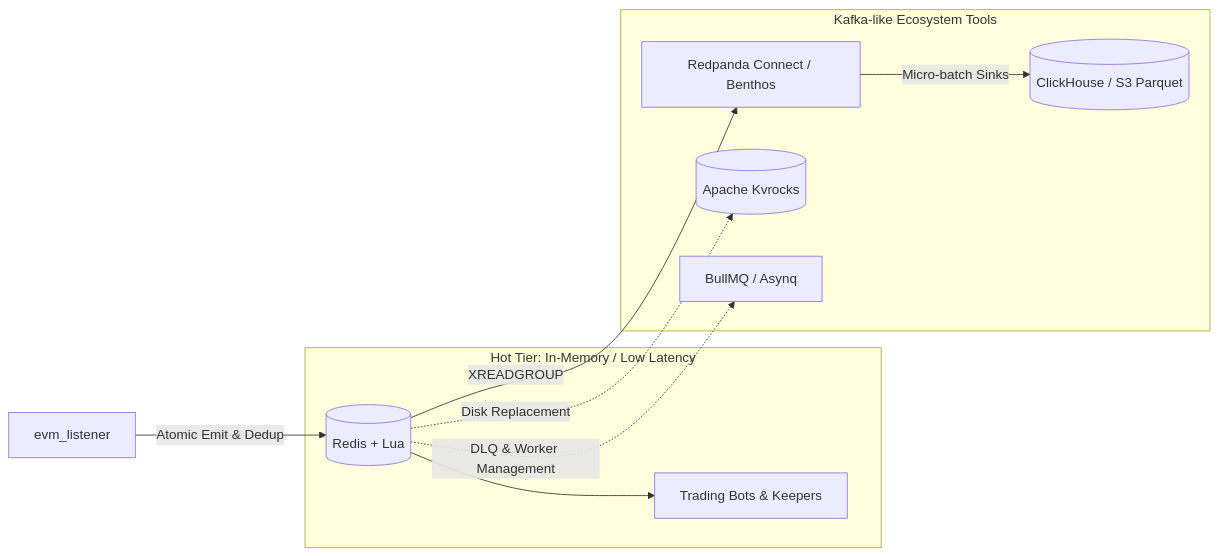
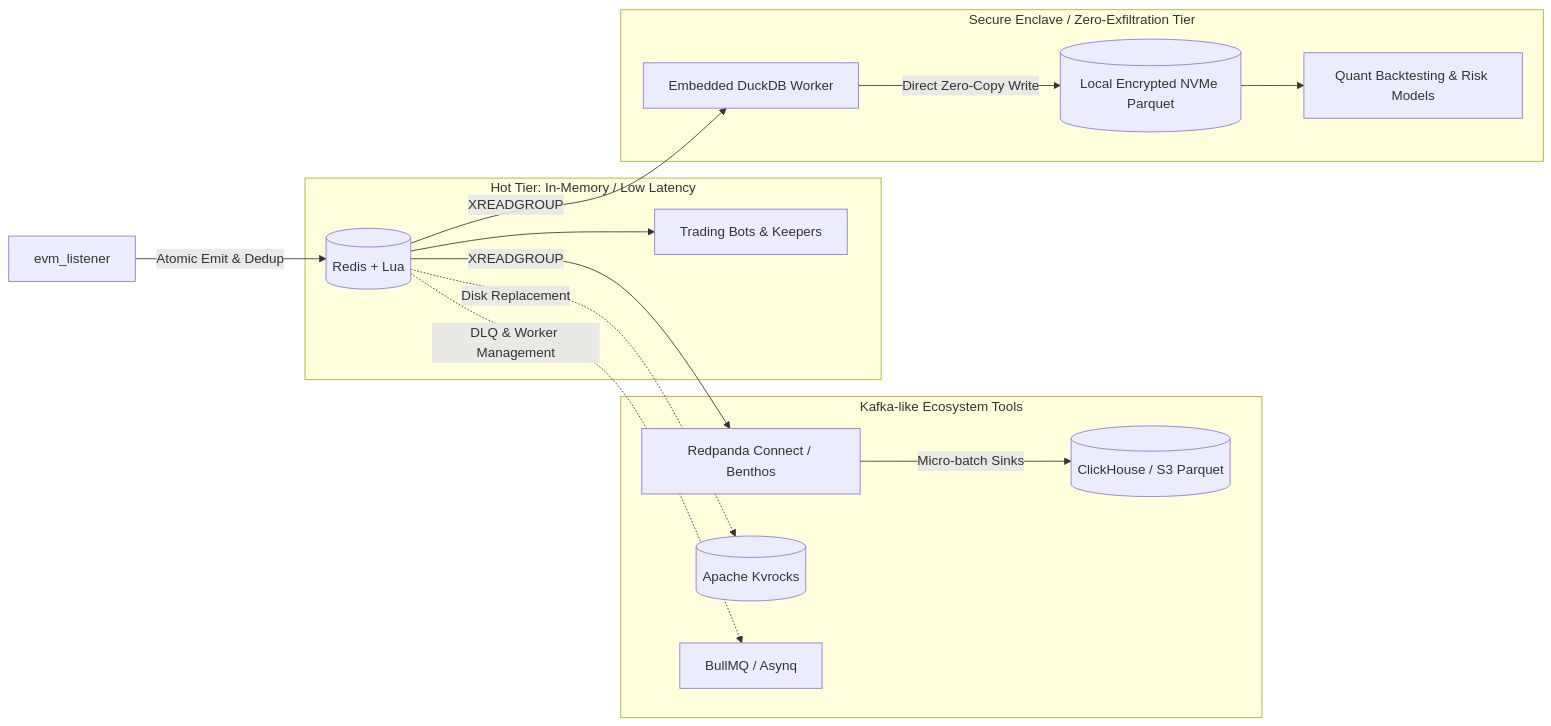
Before and after one commit to groai-fi/evm_cpp_listener: the diagram in doc/Redis_Lua_Streaming_and_Kafka_Tooling.md, drawn with Mermaid. The commit also changed other lines of this file, not shown here.

Commit message:
docs: add hedge fund zero-exfiltration archiver documentation using embedded DuckDB

````diff
--- a/doc/Redis_Lua_Streaming_and_Kafka_Tooling.md
+++ b/doc/Redis_Lua_Streaming_and_Kafka_Tooling.md
@@ -27,15 +28,21 @@
 ```mermaid
 flowchart LR
     A[evm_listener] -->|Atomic Emit & Dedup| B[(Redis + Lua)]
     
     subgraph Hot Tier: In-Memory / Low Latency
         B --> C[Trading Bots & Keepers]
     end
 
     subgraph Kafka-like Ecosystem Tools
         B -->|XREADGROUP| D[Redpanda Connect / Benthos]
         D -->|Micro-batch Sinks| E[(ClickHouse / S3 Parquet)]
         B -.->|Disk Replacement| F[(Apache Kvrocks)]
         B -.->|DLQ & Worker Management| G[BullMQ / Asynq]
     end
+
+    subgraph Secure Enclave / Zero-Exfiltration Tier
+        B -->|XREADGROUP| H[Embedded DuckDB Worker]
+        H -->|Direct Zero-Copy Write| I[(Local Encrypted NVMe Parquet)]
+        I --> J[Quant Backtesting & Risk Models]
+    end
 ```
````
